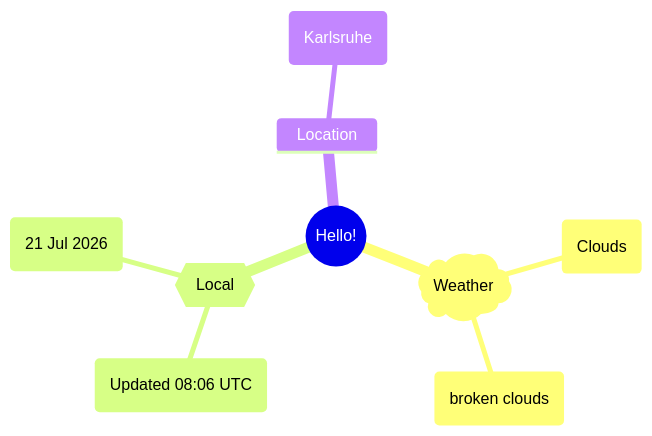
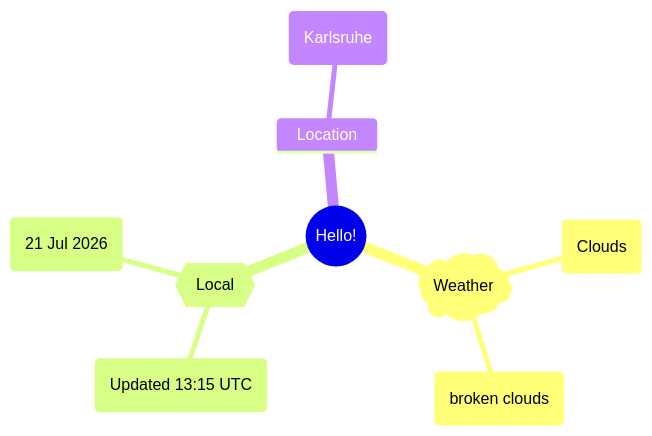
The first of 2 diagrams in README.md (Xosrov/Xosrov), drawn with Mermaid before and after one commit.

Commit message:
[bot] updated images

````diff
--- a/README.md
+++ b/README.md
@@ -3,12 +3,12 @@
 ```mermaid
 mindmap
   root((Hello!))
     )Weather(
         (Clouds)
         (broken clouds)
     {{Local}}
-        (Updated 08:06 UTC)
+        (Updated 13:15 UTC)
         (21 Jul 2026)
     Location
         (Karlsruhe)
 ```
````
